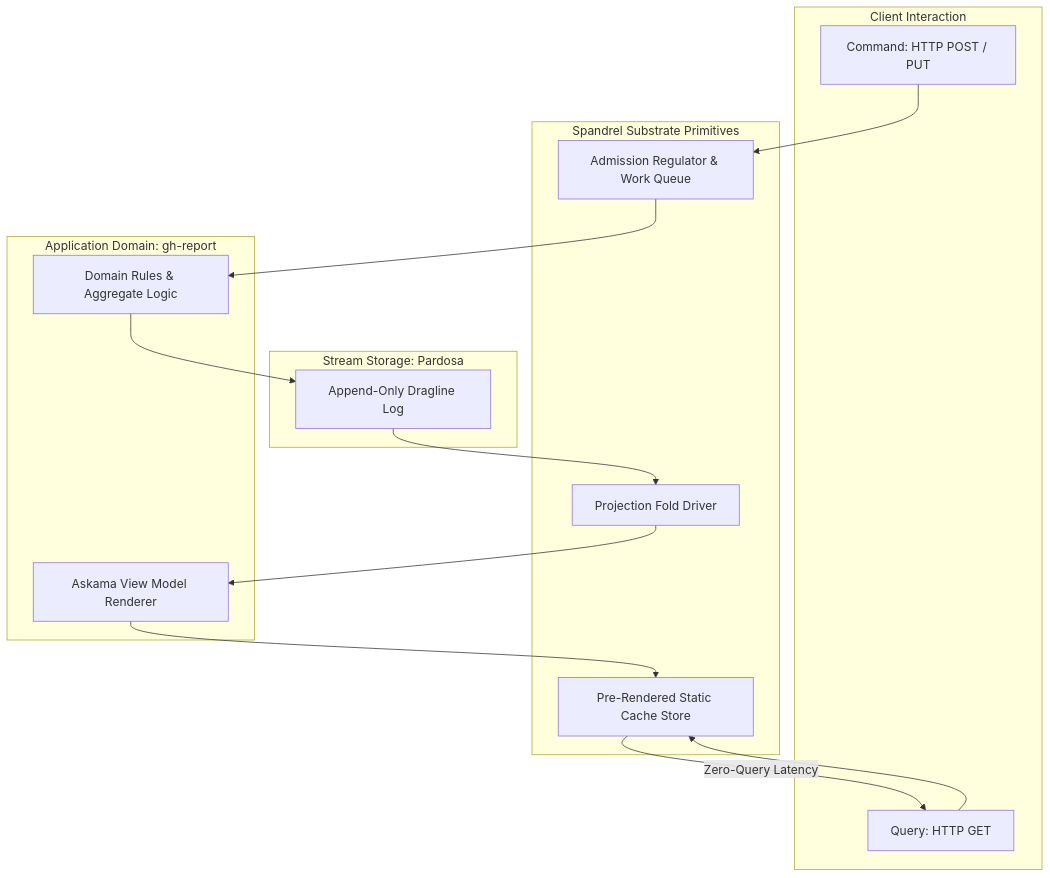
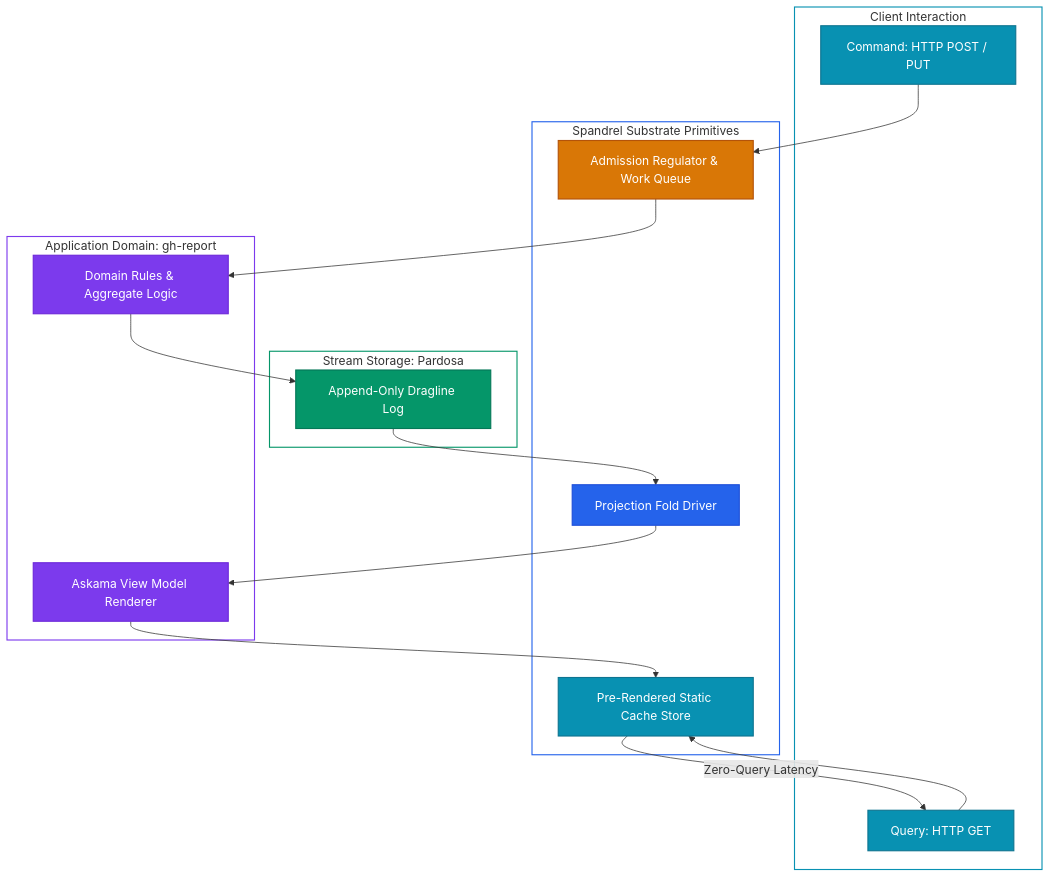
The first of 4 diagrams in content/projects/spandrel/index.md (acje/acje.github.io), drawn with Mermaid before and after one commit. The commit also changed other lines of this file and 2 other files, not shown here.

Commit message:
Modernize and unify Mermaid diagram color schemes across project presentations

````diff
--- a/content/projects/spandrel/index.md
+++ b/content/projects/spandrel/index.md
@@ -18,31 +18,48 @@
 ```mermaid
 flowchart TD
     subgraph Client [Client Interaction]
         CMD_IN[Command: HTTP POST / PUT]
         QUERY_IN[Query: HTTP GET]
     end
 
     subgraph Substrate [Spandrel Substrate Primitives]
         REG[Admission Regulator & Work Queue]
         PIPE[Projection Fold Driver]
         CACHE[Pre-Rendered Static Cache Store]
     end
 
     subgraph App [Application Domain: gh-report]
         BIZ[Domain Rules & Aggregate Logic]
         ASKAMA[Askama View Model Renderer]
     end
 
     subgraph Stream [Stream Storage: Pardosa]
         LOG[Append-Only Dragline Log]
     end
 
     CMD_IN --> REG
     REG --> BIZ
     BIZ --> LOG
     LOG --> PIPE
     PIPE --> ASKAMA
     ASKAMA --> CACHE
     QUERY_IN --> CACHE
     CACHE -->|Zero-Query Latency| QUERY_IN
+
+    classDef cyan fill:#0891b2,stroke:#0e7490,stroke-width:1.5px,color:#ffffff
+    classDef amber fill:#d97706,stroke:#b45309,stroke-width:1.5px,color:#ffffff
+    classDef blue fill:#2563eb,stroke:#1d4ed8,stroke-width:1.5px,color:#ffffff
+    classDef purple fill:#7c3aed,stroke:#6d28d9,stroke-width:1.5px,color:#ffffff
+    classDef green fill:#059669,stroke:#047857,stroke-width:1.5px,color:#ffffff
+
+    class CMD_IN,QUERY_IN,CACHE cyan
+    class REG amber
+    class PIPE blue
+    class BIZ,ASKAMA purple
+    class LOG green
+
+    style Client fill:transparent,stroke:#0891b2,stroke-width:1.5px
+    style Substrate fill:transparent,stroke:#2563eb,stroke-width:1.5px
+    style App fill:transparent,stroke:#7c3aed,stroke-width:1.5px
+    style Stream fill:transparent,stroke:#059669,stroke-width:1.5px
 ```
````
